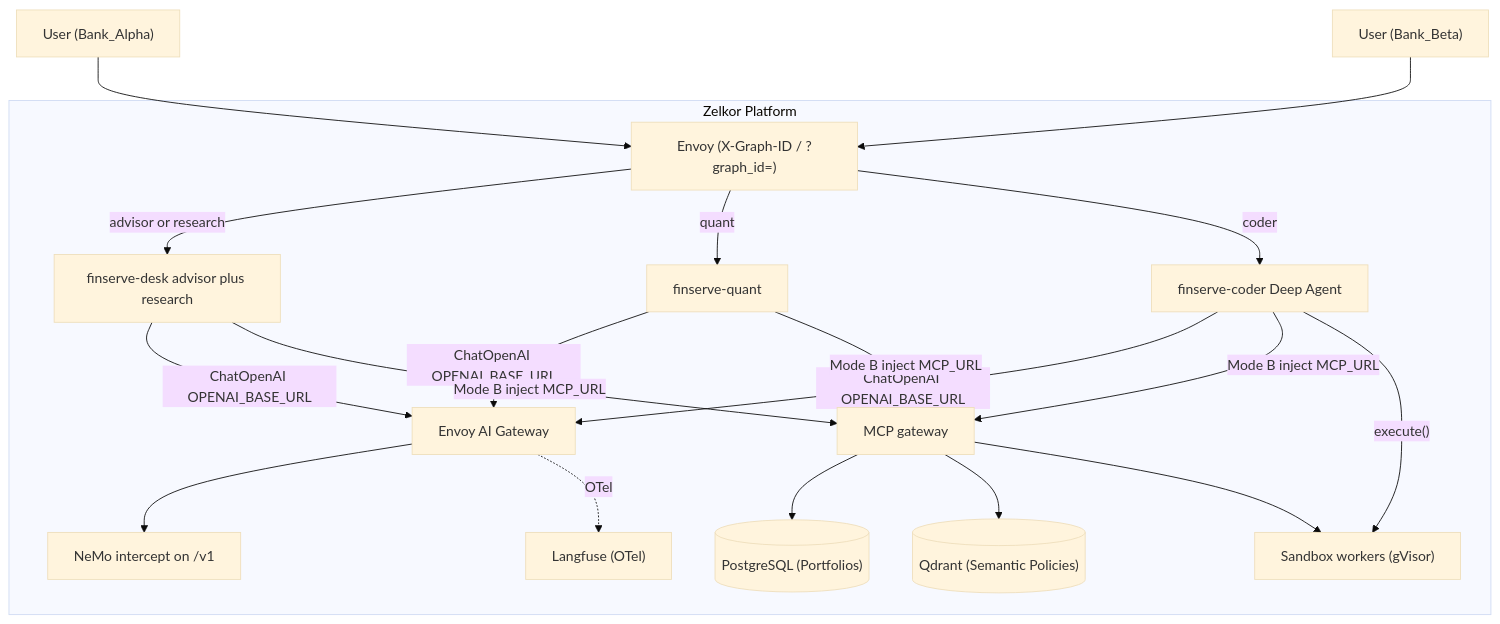
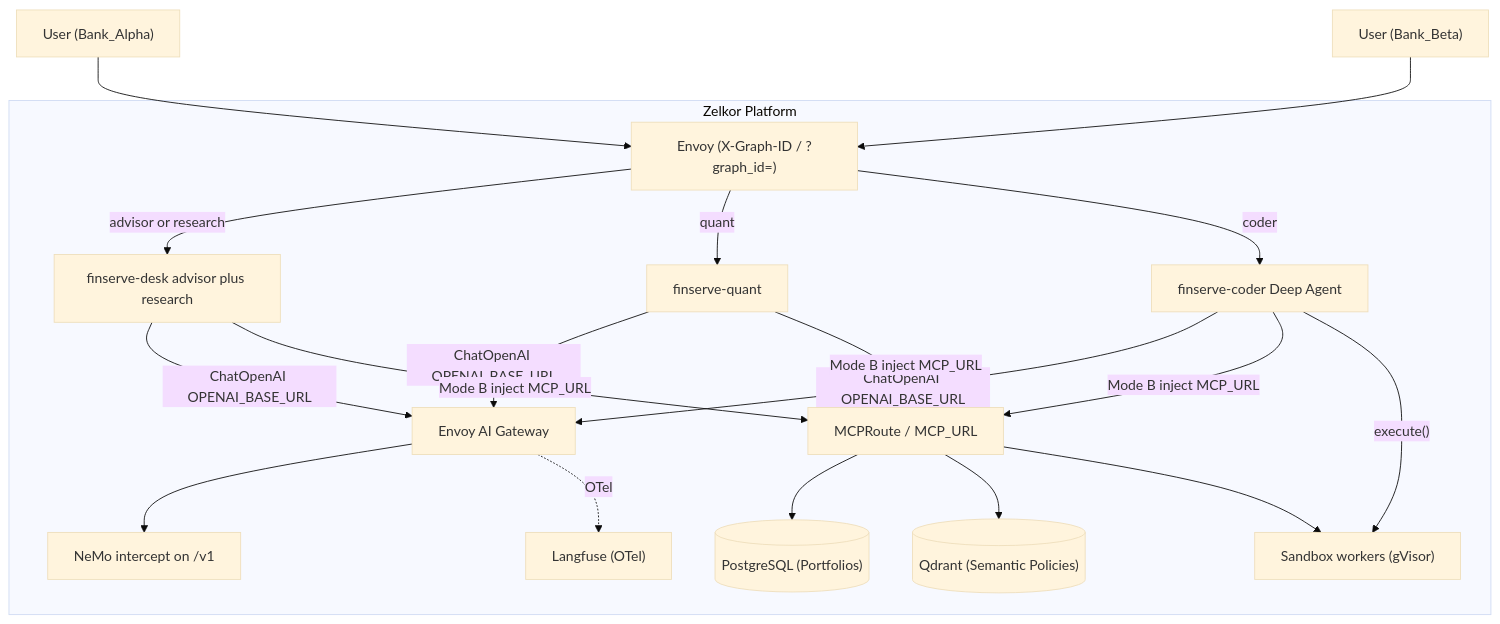
Before and after one commit to devopssquaddev/zelkor-platform: the diagram in examples/finserve/README.md, drawn with Mermaid (base theme). The commit also changed other lines of this file and 171 other files, not shown here.

````diff
--- a/examples/finserve/README.md
+++ b/examples/finserve/README.md
@@ -99,37 +87,37 @@
 ```mermaid
 flowchart TD
     UserAlpha["User (Bank_Alpha)"]
     UserBeta["User (Bank_Beta)"]
 
     subgraph platform ["Zelkor Platform"]
         Front["Envoy (X-Graph-ID / ?graph_id=)"]
         Desk["finserve-desk advisor plus research"]
         Quant["finserve-quant"]
         Coder["finserve-coder Deep Agent"]
         NeMo["NeMo intercept on /v1"]
         AIGateway["Envoy AI Gateway"]
-        MCP["MCP gateway"]
+        MCP["MCPRoute / MCP_URL"]
         Postgres[("PostgreSQL (Portfolios)")]
         Qdrant[("Qdrant (Semantic Policies)")]
         Langfuse["Langfuse (OTel)"]
         CodeExec["Sandbox workers (gVisor)"]
     end
 
     UserAlpha --> Front
     UserBeta --> Front
     Front -->|"advisor or research"| Desk
     Front -->|quant| Quant
     Front -->|coder| Coder
     Desk -->|"ChatOpenAI OPENAI_BASE_URL"| AIGateway
     Quant -->|"ChatOpenAI OPENAI_BASE_URL"| AIGateway
     Coder -->|"ChatOpenAI OPENAI_BASE_URL"| AIGateway
     AIGateway --> NeMo
     Desk -->|"Mode B inject MCP_URL"| MCP
     Quant -->|"Mode B inject MCP_URL"| MCP
     Coder -->|"Mode B inject MCP_URL"| MCP
     Coder -->|"execute()"| CodeExec
     MCP --> Postgres
     MCP --> Qdrant
     MCP --> CodeExec
     AIGateway -.->|"OTel"| Langfuse
 ```
````
